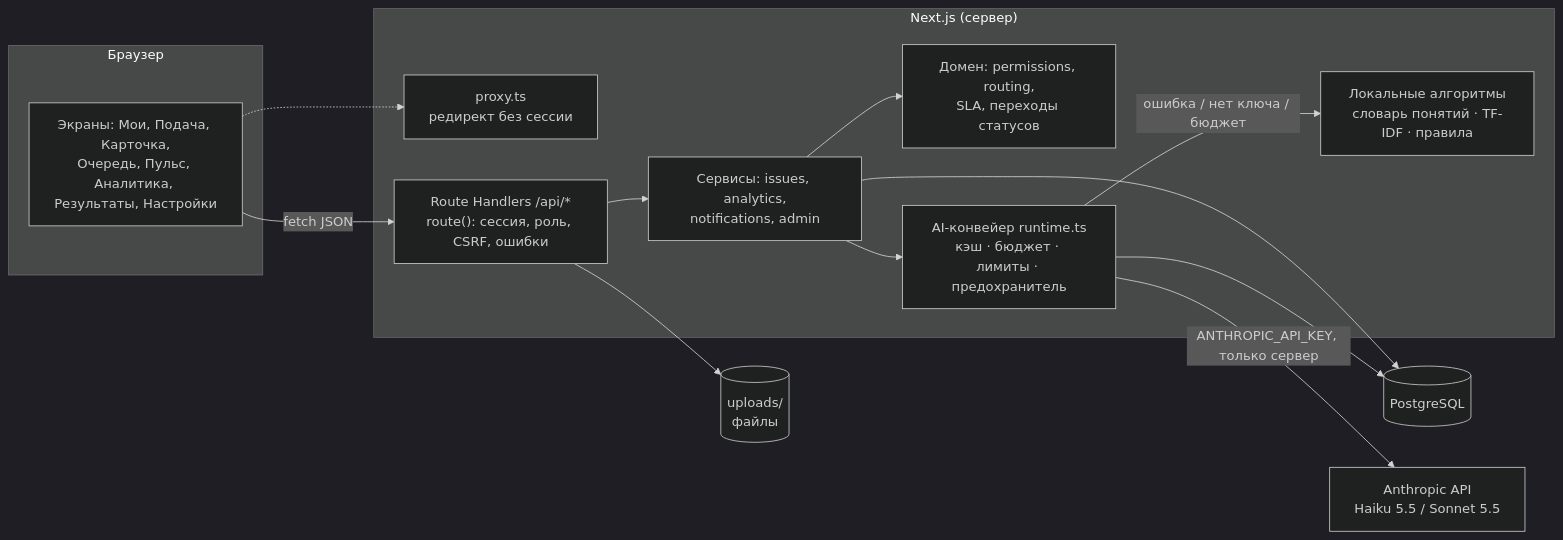
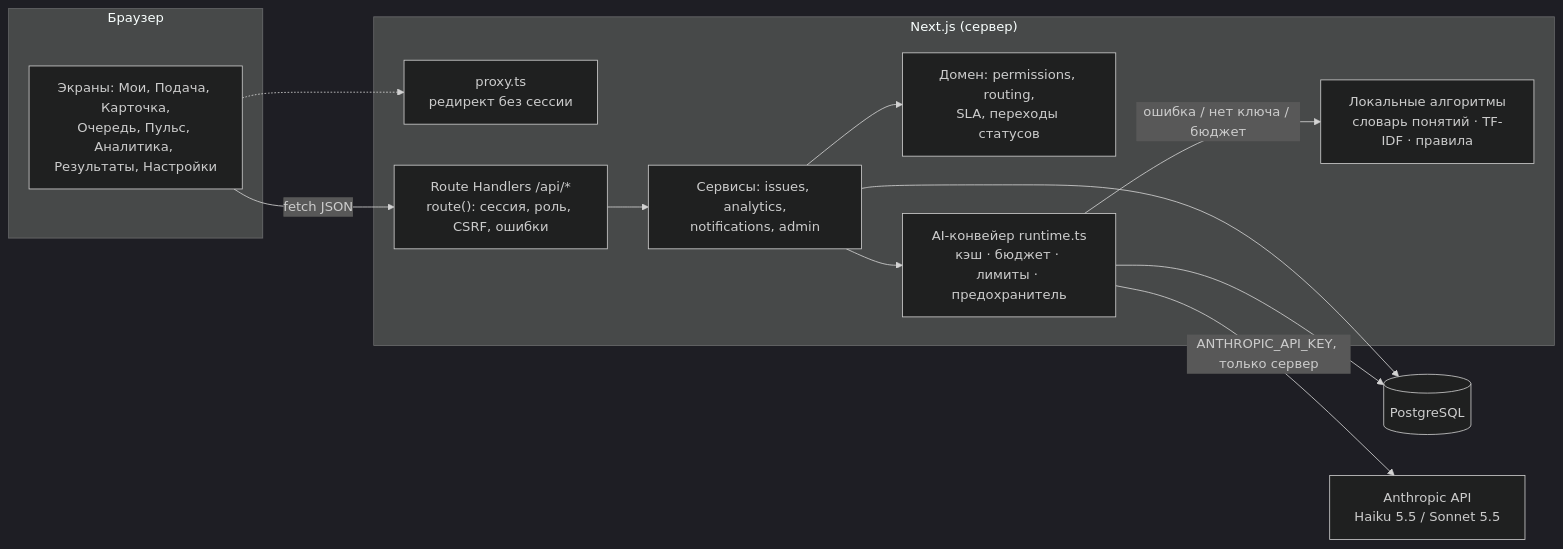
The first of 2 diagrams in docs/ARCHITECTURE.md (TimurK07/pulse), drawn with Mermaid (dark theme) before and after one commit. The commit also changed other lines of this file and 5 other files, not shown here.

````diff
--- a/docs/ARCHITECTURE.md
+++ b/docs/ARCHITECTURE.md
@@ -18,27 +18,25 @@
 ```mermaid
 flowchart LR
   subgraph Browser["Браузер"]
     UI["Экраны: Мои, Подача, Карточка,<br/>Очередь, Пульс, Аналитика, Результаты, Настройки"]
   end
   subgraph Next["Next.js (сервер)"]
     Proxy["proxy.ts<br/>редирект без сессии"]
     API["Route Handlers /api/*<br/>route(): сессия, роль, CSRF, ошибки"]
     SVC["Сервисы: issues, analytics,<br/>notifications, admin"]
     DOM["Домен: permissions, routing,<br/>SLA, переходы статусов"]
     AI["AI-конвейер runtime.ts<br/>кэш · бюджет · лимиты · предохранитель"]
     LOCAL["Локальные алгоритмы<br/>словарь понятий · TF-IDF · правила"]
   end
   DB[(PostgreSQL)]
-  FS[("uploads/<br/>файлы")]
   CLAUDE["Anthropic API<br/>Haiku 5.5 / Sonnet 5.5"]
 
   UI -->|fetch JSON| API
   UI -.-> Proxy
   API --> SVC --> DOM
   SVC --> DB
-  API --> FS
   SVC --> AI
   AI -->|ANTHROPIC_API_KEY, только сервер| CLAUDE
   AI -->|ошибка / нет ключа / бюджет| LOCAL
   AI --> DB
 ```
````
